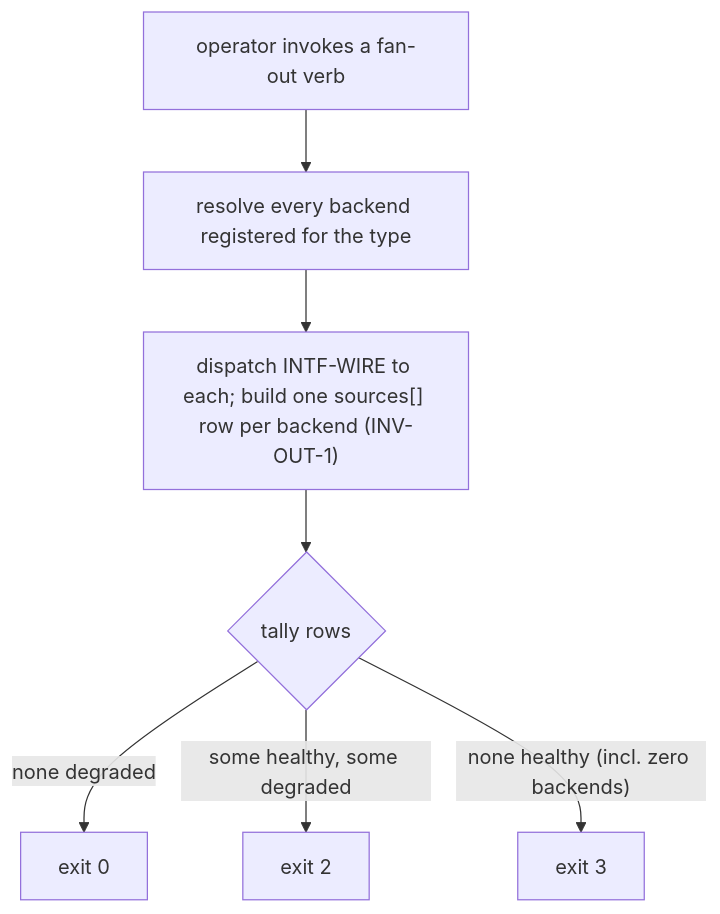
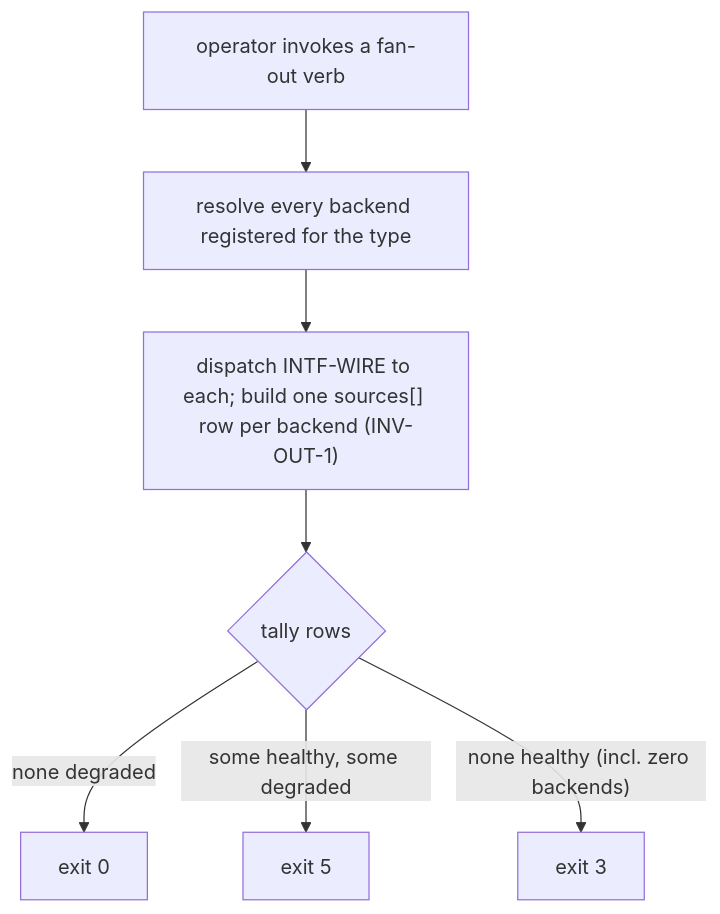
One commit to phillipgreenii/nix-agent-support changed the fifth of 15 diagrams in packages/pg-connector/docs/behavior/journeys.md. Above: the diagram before and after it, drawn with Mermaid. The commit also changed other lines of this file and 48 other files, not shown here.

````diff
--- a/packages/pg-connector/docs/behavior/journeys.md
+++ b/packages/pg-connector/docs/behavior/journeys.md
@@ -293,9 +295,9 @@
 ```mermaid
 flowchart TD
     call["operator invokes a fan-out verb"] --> list["resolve every backend registered for the type"]
     list --> loop["dispatch INTF-WIRE to each; build one sources[] row per backend (INV-OUT-1)"]
     loop --> tally{"tally rows"}
     tally -->|"none degraded"| e0["exit 0"]
-    tally -->|"some healthy, some degraded"| e2["exit 2"]
+    tally -->|"some healthy, some degraded"| e5["exit 5"]
     tally -->|"none healthy (incl. zero backends)"| e3["exit 3"]
 ```
````
